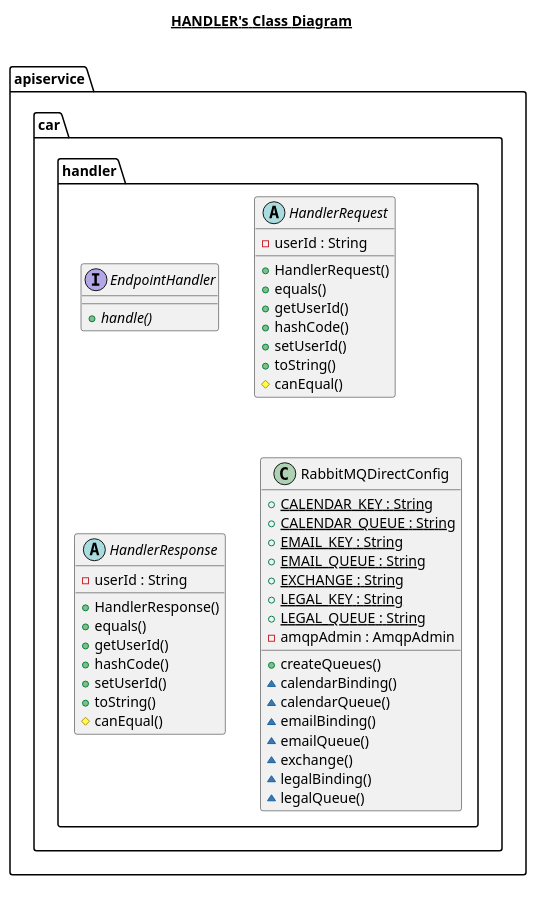
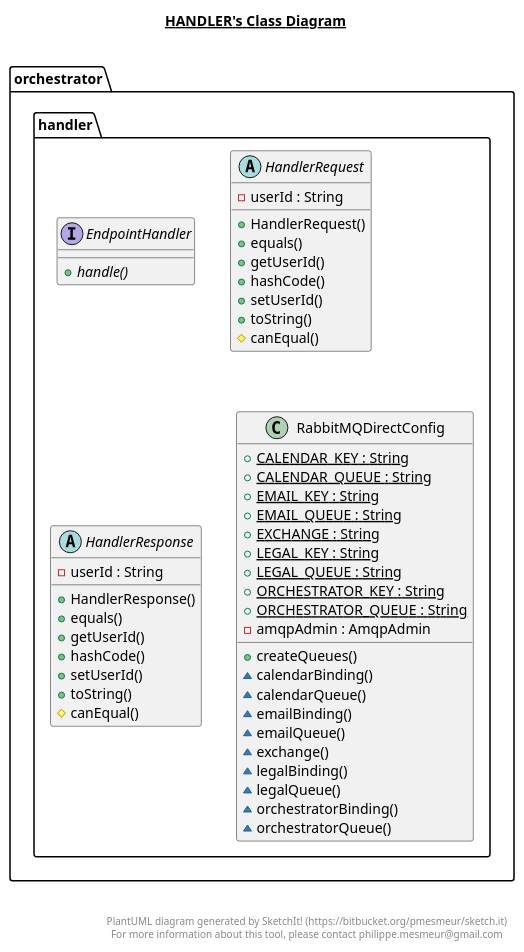
Before and after one commit to marcllort/Car_Rental_Monorepo: the diagram in orchestrator/src/main/java/orchestrator/handler/handler.plantuml, drawn with PlantUML. The commit also changed 21 other files, not shown here.

Commit message:
Added diagrams

```diff
--- a/orchestrator/src/main/java/orchestrator/handler/handler.plantuml
+++ b/orchestrator/src/main/java/orchestrator/handler/handler.plantuml
@@ -1,77 +1,83 @@
 @startuml
 
 title __HANDLER's Class Diagram__\n
 
-  namespace apiservice.car {
+  namespace orchestrator {
     namespace handler {
-      interface apiservice.car.handler.EndpointHandler {
+      interface orchestrator.handler.EndpointHandler {
           {abstract} + handle()
       }
     }
   }
   
 
-  namespace apiservice.car {
+  namespace orchestrator {
     namespace handler {
-      abstract class apiservice.car.handler.HandlerRequest {
+      abstract class orchestrator.handler.HandlerRequest {
           - userId : String
           + HandlerRequest()
           + equals()
           + getUserId()
           + hashCode()
           + setUserId()
           + toString()
           # canEqual()
       }
     }
   }
   
 
-  namespace apiservice.car {
+  namespace orchestrator {
     namespace handler {
-      abstract class apiservice.car.handler.HandlerResponse {
+      abstract class orchestrator.handler.HandlerResponse {
           - userId : String
           + HandlerResponse()
           + equals()
           + getUserId()
           + hashCode()
           + setUserId()
           + toString()
           # canEqual()
       }
     }
   }
   
 
-  namespace apiservice.car {
+  namespace orchestrator {
     namespace handler {
-      class apiservice.car.handler.RabbitMQDirectConfig {
+      class orchestrator.handler.RabbitMQDirectConfig {
           {static} + CALENDAR_KEY : String
           {static} + CALENDAR_QUEUE : String
           {static} + EMAIL_KEY : String
           {static} + EMAIL_QUEUE : String
           {static} + EXCHANGE : String
           {static} + LEGAL_KEY : String
           {static} + LEGAL_QUEUE : String
+          {static} + ORCHESTRATOR_KEY : String
+          {static} + ORCHESTRATOR_QUEUE : String
           - amqpAdmin : AmqpAdmin
           + createQueues()
           ~ calendarBinding()
           ~ calendarQueue()
           ~ emailBinding()
           ~ emailQueue()
           ~ exchange()
           ~ legalBinding()
           ~ legalQueue()
+          ~ orchestratorBinding()
+          ~ orchestratorQueue()
       }
     }
   }
   
 
 
 
 right footer
 
 
+PlantUML diagram generated by SketchIt! (https://bitbucket.org/pmesmeur/sketch.it)
+For more information about this tool, please contact philippe.mesmeur@gmail.com
 endfooter
 
 @enduml
```
